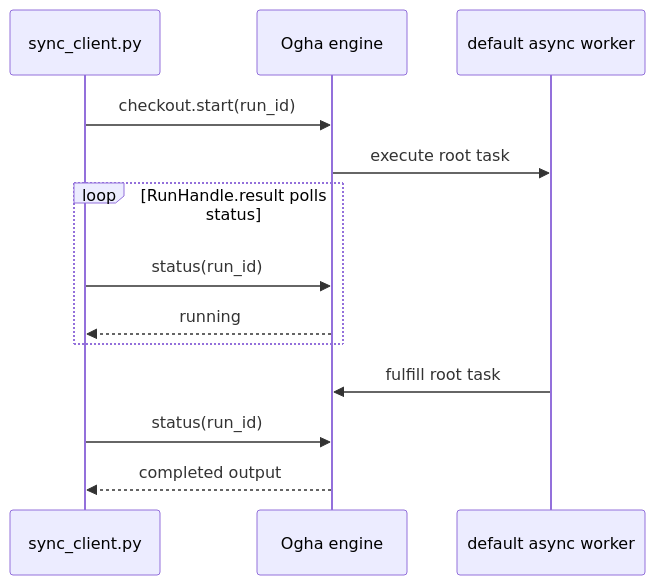
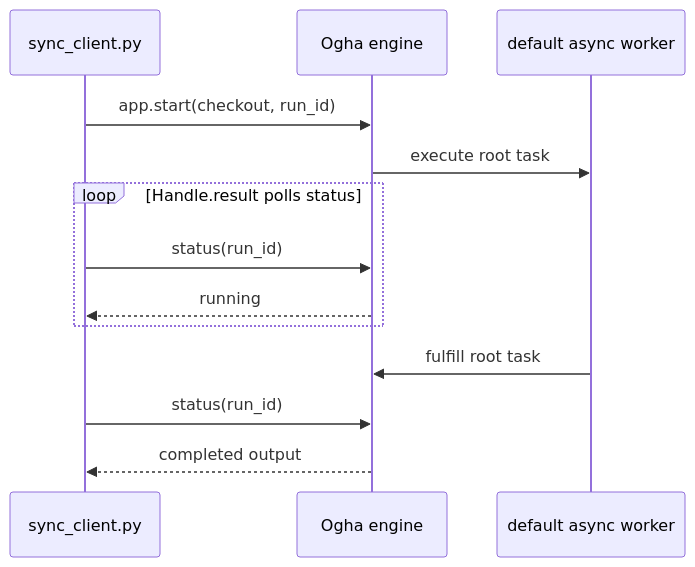
Before and after one commit to vedhlabs/sdk-examples: the second of 2 diagrams in docs/quickstart.md, drawn with Mermaid. The commit also changed other lines of this file and 24 other files, not shown here.

````diff
--- a/docs/quickstart.md
+++ b/docs/quickstart.md
@@ -73,15 +73,15 @@
 ```mermaid
 sequenceDiagram
     participant C as sync_client.py
     participant E as Ogha engine
     participant W as default async worker
-    C->>E: checkout.start(run_id)
+    C->>E: app.start(checkout, run_id)
     E->>W: execute root task
-    loop RunHandle.result polls status
+    loop Handle.result polls status
         C->>E: status(run_id)
         E-->>C: running
     end
     W->>E: fulfill root task
     C->>E: status(run_id)
     E-->>C: completed output
 ```
````
